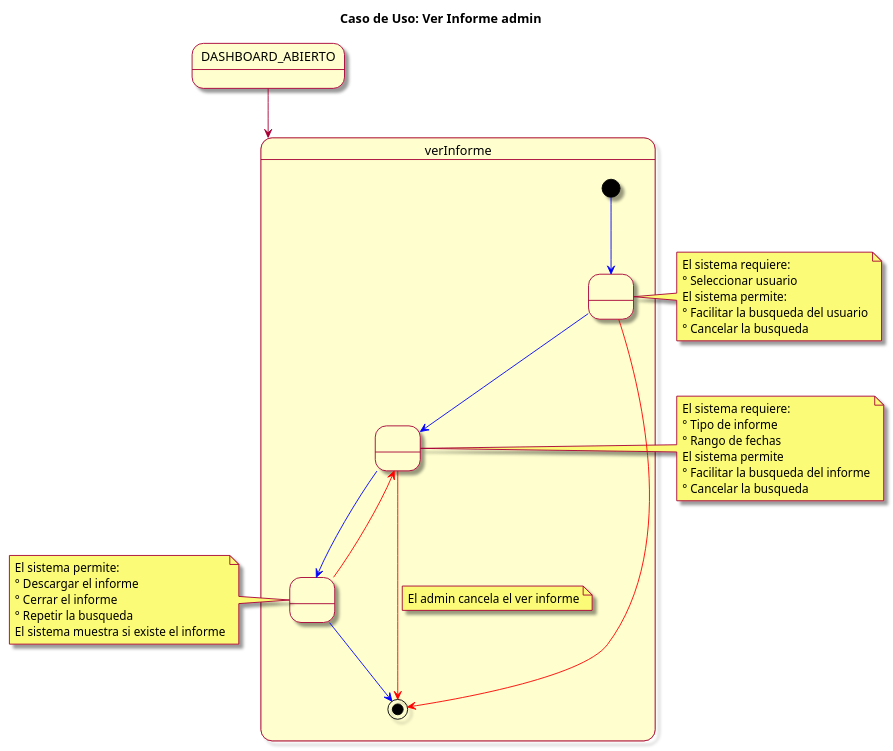
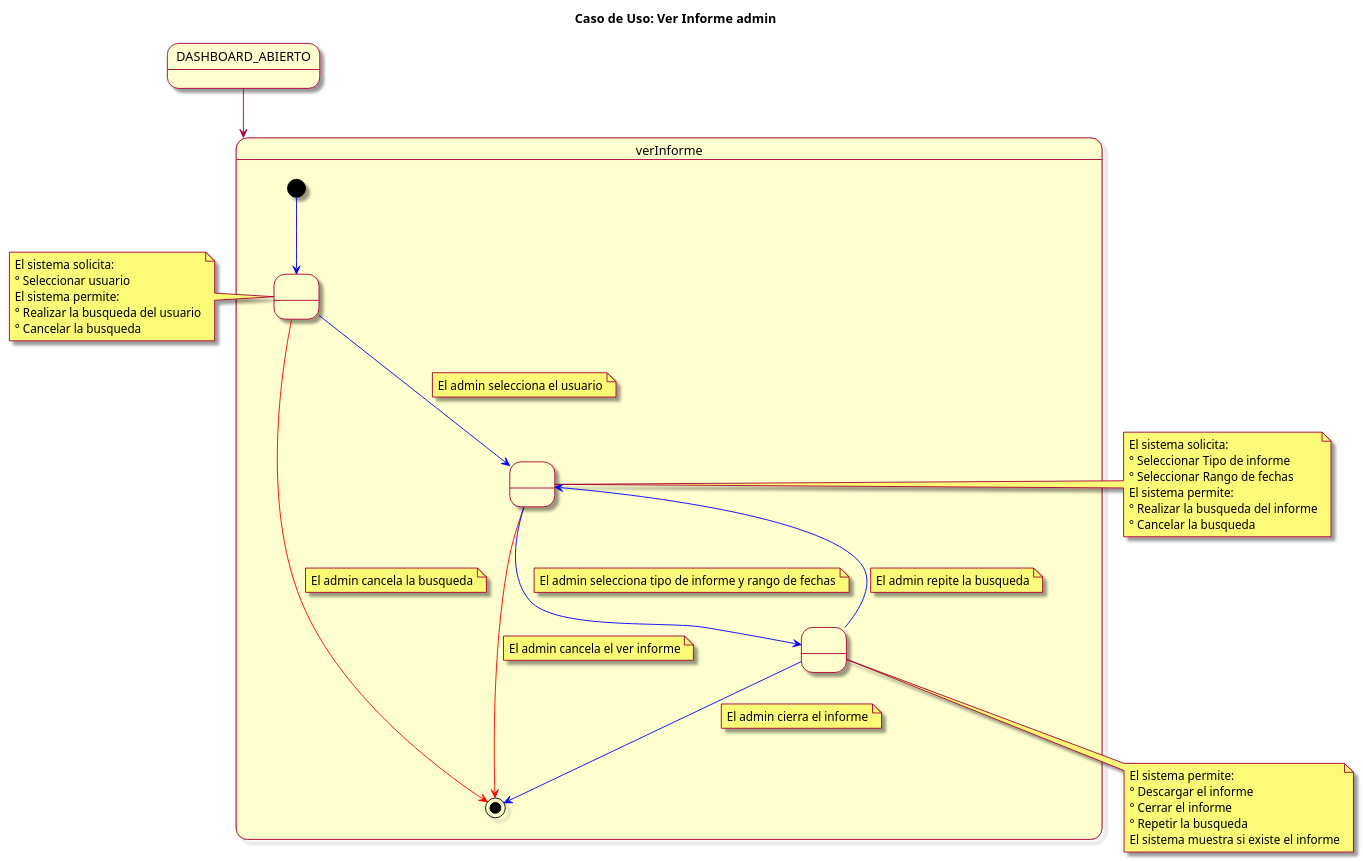
Before and after one commit to mmasias/23-24-IdSw1-SDR: the diagram in modelosUML/casosDeUso/detalles/verInformeAdmin.puml, drawn with PlantUML. The commit also changed 1 other file, not shown here.

Commit message:
añadiendo conversación del actor con el sistema en  casos de uso ver informe

```diff
--- a/modelosUML/casosDeUso/detalles/verInformeAdmin.puml
+++ b/modelosUML/casosDeUso/detalles/verInformeAdmin.puml
@@ -1,48 +1,55 @@
 @startuml descripción CDU informe
 
 skin rose
 title Caso de Uso: Ver Informe admin
 
 state DASHBOARD_ABIERTO
 
 DASHBOARD_ABIERTO --> verInforme
 
 state verInforme {
   [*] -[#blue]-> seleccionarUsuario
   state " " as seleccionarUsuario
   seleccionarUsuario -[#blue]-> tipoInforme
+  note on link: El admin selecciona el usuario
   seleccionarUsuario -[#red]-> [*]
+  note on link: El admin cancela la busqueda
+
   state " " as tipoInforme
-  tipoInforme -[#blue]-> mostrarInforme
-  state " " as mostrarInforme
-  mostrarInforme -up[#red]-> tipoInforme
-  mostrarInforme  -[#blue]-> [*]
   tipoInforme -[#red]-> [*]
   note on link: El admin cancela el ver informe
+  tipoInforme -[#blue]-> mostrarInforme
+  note on link: El admin selecciona tipo de informe y rango de fechas
+
+  state " " as mostrarInforme
+  mostrarInforme  -[#blue]-> [*]
+  note on link: El admin cierra el informe
+  mostrarInforme -[#blue]-> tipoInforme 
+  note on link: El admin repite la busqueda
 }
-note left of mostrarInforme
+
+note left of seleccionarUsuario
+  El sistema solicita:
+  ° Seleccionar usuario
+  El sistema permite:
+  ° Realizar la busqueda del usuario
+  ° Cancelar la busqueda
+end note
+
+note bottom of mostrarInforme
   El sistema permite:
   ° Descargar el informe
   ° Cerrar el informe
   ° Repetir la busqueda
   El sistema muestra si existe el informe
 end note
 
 note left of tipoInforme
-  El sistema requiere:
-  ° Tipo de informe
-  ° Rango de fechas
-  El sistema permite
-  ° Facilitar la busqueda del informe
+  El sistema solicita:
+  ° Seleccionar Tipo de informe
+  ° Seleccionar Rango de fechas
+  El sistema permite:
+  ° Realizar la busqueda del informe
   ° Cancelar la busqueda
 end note
-
-note right of seleccionarUsuario
-  El sistema requiere:
-  ° Seleccionar usuario
-  El sistema permite:
-  ° Facilitar la busqueda del usuario
-  ° Cancelar la busqueda
-end note
-
 @enduml
```
